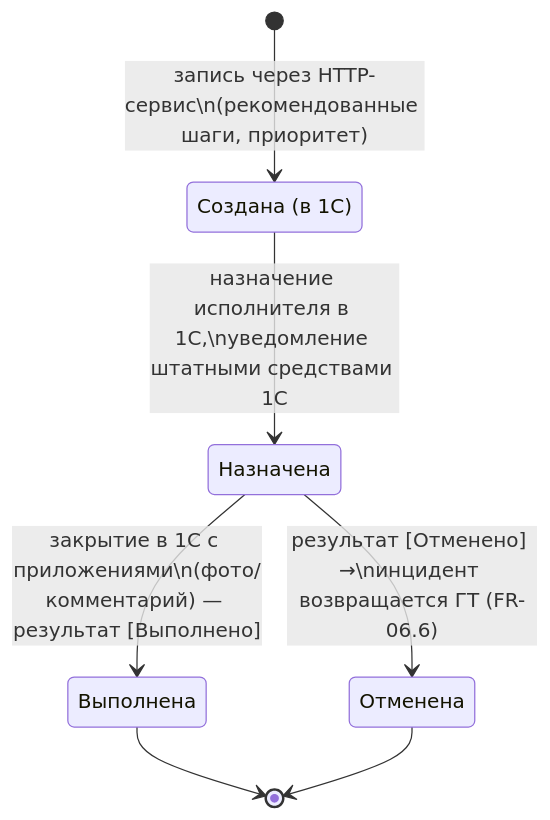
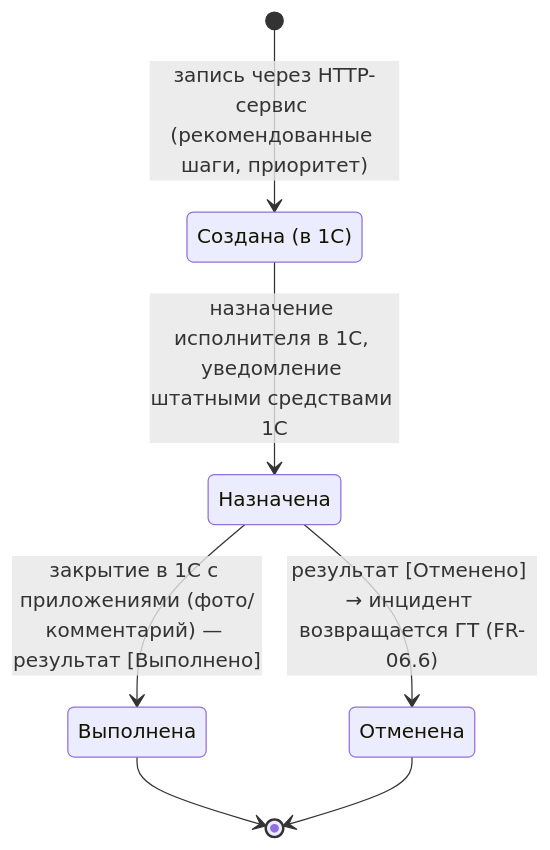
One commit to igorvolk1961/water_checker changed the third of 4 diagrams in docs/system_analysis/diagrams/state_incident_alert_task.md. Above: the diagram before and after it, drawn with Mermaid. The commit also changed other lines of this file and 8 other files, not shown here.

````diff
--- a/docs/system_analysis/diagrams/state_incident_alert_task.md
+++ b/docs/system_analysis/diagrams/state_incident_alert_task.md
@@ -48,13 +48,13 @@
 ```mermaid
 stateDiagram-v2
     state "Создана (в 1С)" as T1
     state "Назначена" as T2
     state "Выполнена" as T3
     state "Отменена" as T4
-    [*] --> T1 : запись через HTTP-сервис\n(рекомендованные шаги, приоритет)
-    T1 --> T2 : назначение исполнителя в 1С,\nуведомление штатными средствами 1С
-    T2 --> T3 : закрытие в 1С с приложениями\n(фото/комментарий) — результат [Выполнено]
-    T2 --> T4 : результат [Отменено] →\nинцидент возвращается ГТ (FR-06.6)
+    [*] --> T1 : запись через HTTP-сервис (рекомендованные шаги, приоритет)
+    T1 --> T2 : назначение исполнителя в 1С, уведомление штатными средствами 1С
+    T2 --> T3 : закрытие в 1С с приложениями (фото/комментарий) — результат [Выполнено]
+    T2 --> T4 : результат [Отменено] → инцидент возвращается ГТ (FR-06.6)
     T3 --> [*]
     T4 --> [*]
 ```
````
